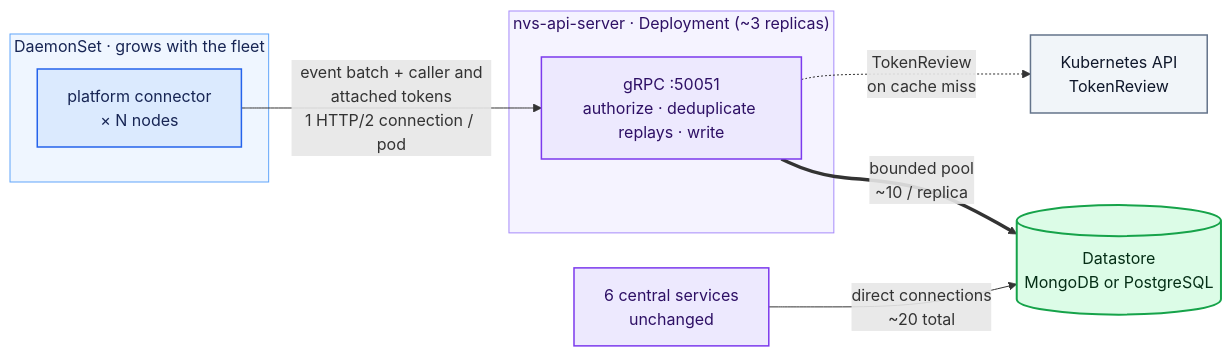
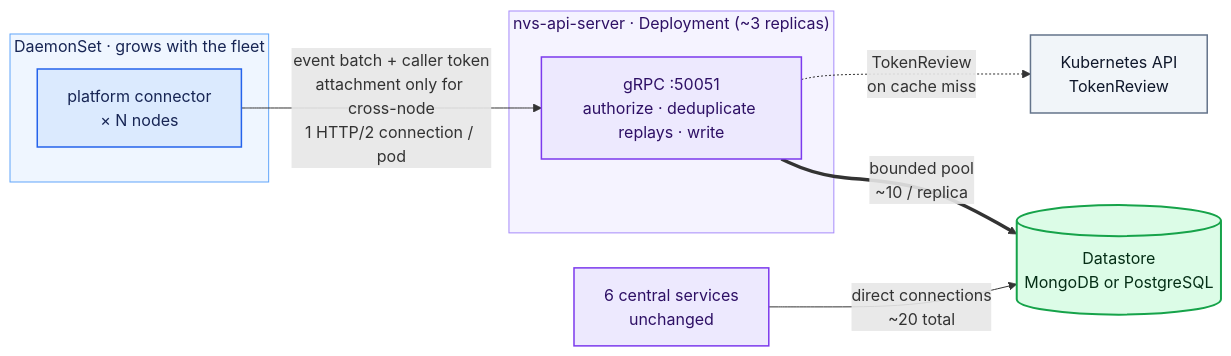
The second of 9 diagrams in docs/designs/050-datastore-api-server.md (KaivalyaMDabhadkar/NVSentinel), drawn with Mermaid before and after one commit. The commit also changed other lines of this file and 1 other file, not shown here.

Commit message:
docs: keep ADR-050 design-only, drop implementation notes from this PR

````diff
--- a/docs/designs/050-datastore-api-server.md
+++ b/docs/designs/050-datastore-api-server.md
@@ -103,30 +159,30 @@
 ```mermaid
 flowchart LR
     subgraph fleet["DaemonSet · grows with the fleet"]
         PC["platform connector<br/>× N nodes"]
     end
 
     subgraph server["nvs-api-server · Deployment (~3 replicas)"]
         API["gRPC :50051<br/>authorize · deduplicate replays · write"]
     end
 
     K8S["Kubernetes API<br/>TokenReview"]
     CS["6 central services<br/>unchanged"]
     DB[("Datastore<br/>MongoDB or PostgreSQL")]
 
-    PC -- "event batch + caller and<br/>attached tokens<br/>1 HTTP/2 connection / pod" --> API
+    PC -- "event batch + caller token<br/>attachment only for cross-node<br/>1 HTTP/2 connection / pod" --> API
     API == "bounded pool<br/>~10 / replica" ==> DB
     API -. "TokenReview<br/>on cache miss" .-> K8S
     CS -- "direct connections<br/>~20 total" --> DB
 
     classDef writer fill:#DBEAFE,stroke:#2563EB,color:#172554,stroke-width:1.5px
     classDef service fill:#EDE9FE,stroke:#7C3AED,color:#2E1065,stroke-width:1.5px
     classDef support fill:#F1F5F9,stroke:#64748B,color:#0F172A,stroke-width:1.5px
     classDef database fill:#DCFCE7,stroke:#16A34A,color:#052E16,stroke-width:2px
     class PC writer
     class API,CS service
     class K8S support
     class DB database
     style fleet fill:#EFF6FF,stroke:#60A5FA,color:#172554,stroke-width:1px
     style server fill:#F5F3FF,stroke:#A78BFA,color:#2E1065,stroke-width:1px
 ```
````
